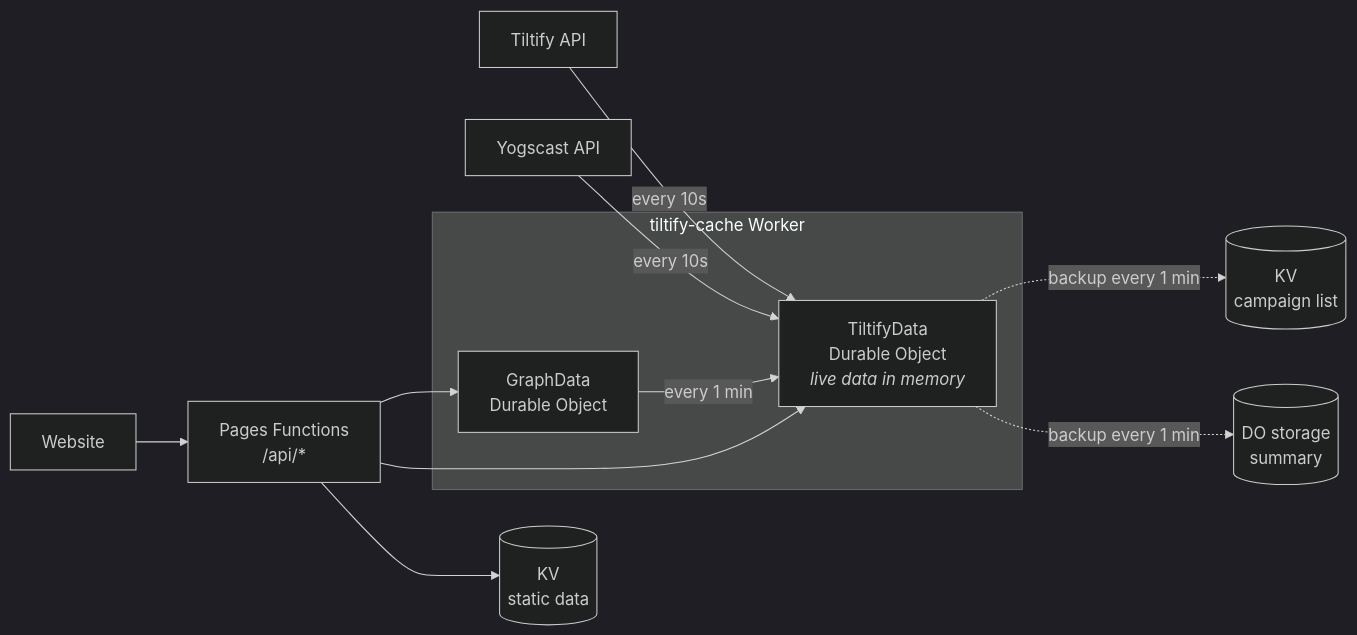
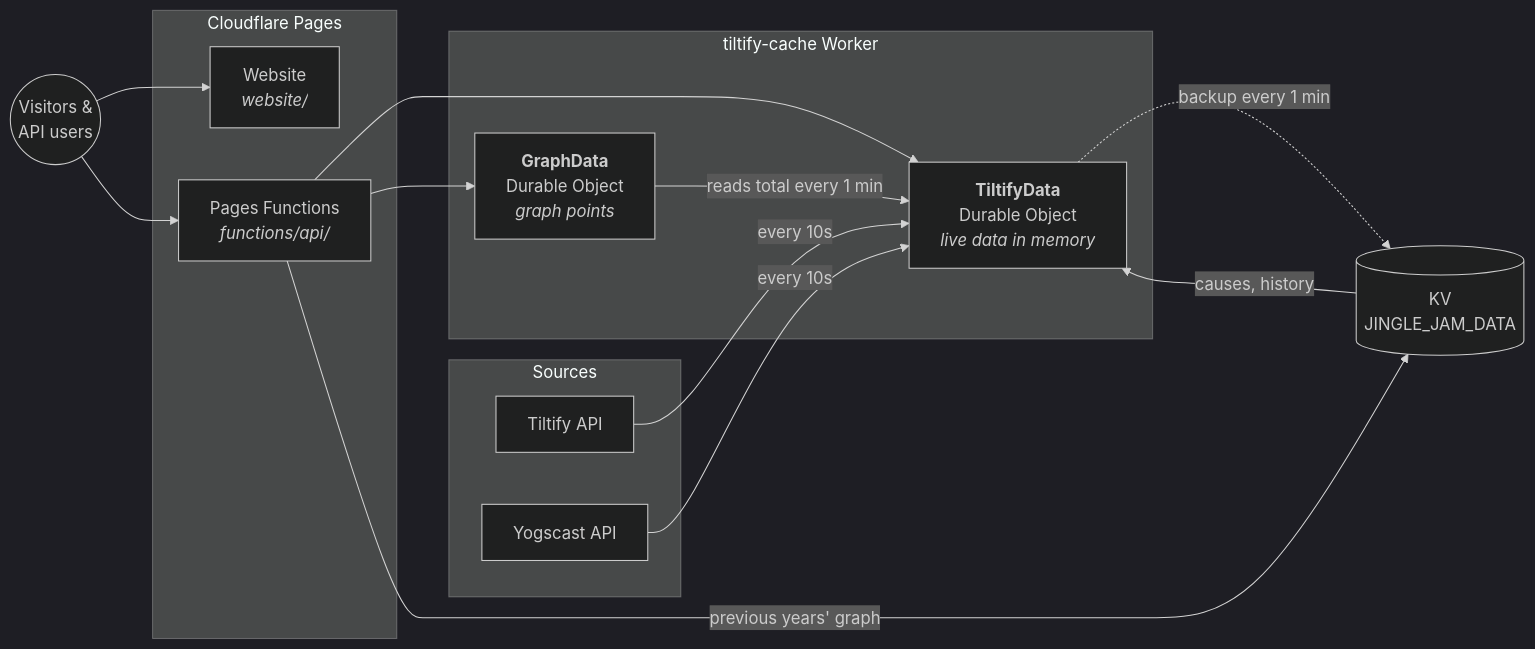
Before and after one commit to JingleJam/JingleJamTracker: the diagram in docs/ARCHITECTURE.md, drawn with Mermaid (dark theme). The commit also changed other lines of this file and 36 other files, not shown here.

First line of the commit message:
Update README, API, and architecture documentation; add local development guide and web pages documentation

````diff
--- a/docs/ARCHITECTURE.md
+++ b/docs/ARCHITECTURE.md
@@ -5,19 +7,32 @@
 ```mermaid
 flowchart LR
-    Tiltify[Tiltify API] -->|every 10s| DO
-    Yogscast[Yogscast API] -->|every 10s| DO
-
-    subgraph Worker [tiltify-cache Worker]
-        DO[TiltifyData<br/>Durable Object<br/><i>live data in memory</i>]
-        Graph[GraphData<br/>Durable Object]
+    subgraph Sources
+        Tiltify[Tiltify API]
+        Yogscast[Yogscast API]
     end
 
-    DO -.->|backup every 1 min| KV[(KV<br/>campaign list)]
-    DO -.->|backup every 1 min| DOS[(DO storage<br/>summary)]
-    Graph -->|every 1 min| DO
+    subgraph Worker["tiltify-cache Worker"]
+        TD["<b>TiltifyData</b><br/>Durable Object<br/><i>live data in memory</i>"]
+        GD["<b>GraphData</b><br/>Durable Object<br/><i>graph points</i>"]
+    end
 
-    Site[Website] --> Pages[Pages Functions<br/>/api/*]
-    Pages --> DO
-    Pages --> Graph
-    Pages --> KVStatic[(KV<br/>static data)]
+    subgraph Pages["Cloudflare Pages"]
+        Site["Website<br/><i>website/</i>"]
+        Fn["Pages Functions<br/><i>functions/api/</i>"]
+    end
+
+    KV[("KV<br/>JINGLE_JAM_DATA")]
+    Browser((Visitors &<br/>API users))
+
+    Tiltify -- every 10s --> TD
+    Yogscast -- every 10s --> TD
+    GD -- reads total every 1 min --> TD
+    TD -. backup every 1 min .-> KV
+    KV -- causes, history --> TD
+
+    Browser --> Site
+    Browser --> Fn
+    Fn --> TD
+    Fn --> GD
+    Fn -- previous years' graph --> KV
 ```
````
